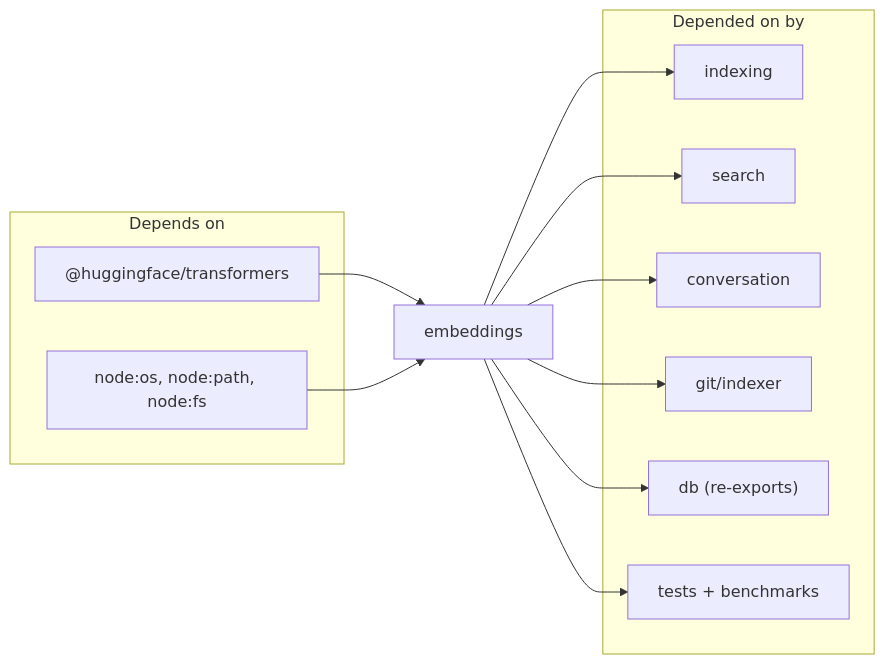
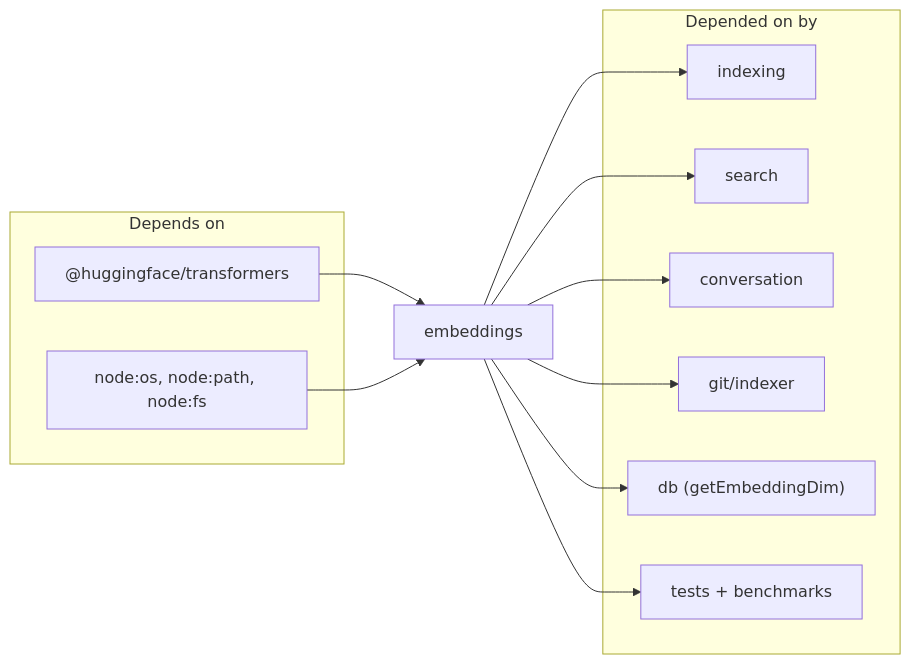
The diagram in wiki/modules/embeddings.md (TheWinci/mimirs), drawn with Mermaid before and after one commit. The commit also changed other lines of this file and 33 other files, not shown here.

````diff
--- a/wiki/modules/embeddings.md
+++ b/wiki/modules/embeddings.md
@@ -19,25 +19,25 @@
 ```mermaid
 flowchart LR
   subgraph Upstream["Depends on"]
     transformers["@huggingface/transformers"]
     node_os["node:os, node:path, node:fs"]
   end
   self["embeddings"]
   subgraph Downstream["Depended on by"]
     indexing["indexing"]
     search["search"]
     conversation["conversation"]
     git["git/indexer"]
-    db["db (re-exports)"]
+    db["db (getEmbeddingDim)"]
     tests["tests + benchmarks"]
   end
 
   transformers --> self
   node_os --> self
   self --> indexing
   self --> search
   self --> conversation
   self --> git
   self --> db
   self --> tests
 ```
````
